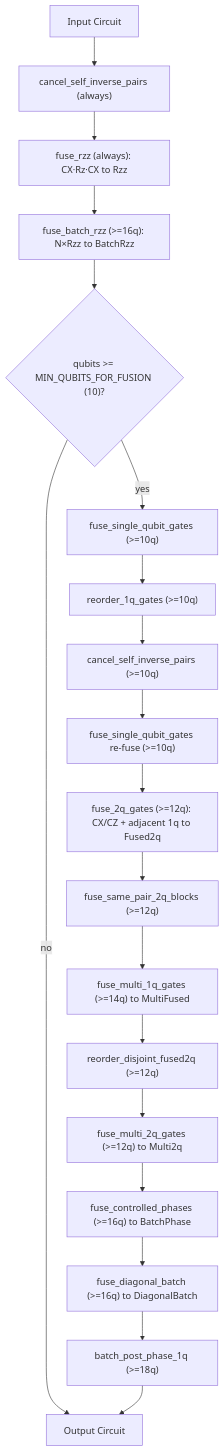
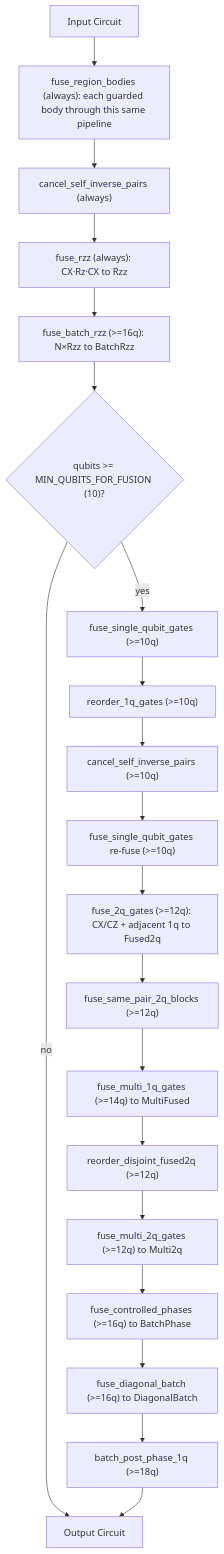
One commit to AbeCoull/prism-q changed the diagram in docs/architecture/fusion.md. Above: the diagram before and after it, drawn with Mermaid. The commit also changed 3 other files, not shown here.

````diff
--- a/docs/architecture/fusion.md
+++ b/docs/architecture/fusion.md
@@ -5,21 +5,22 @@
 ```mermaid
 flowchart TD
-    IN[Input Circuit] --> P0["cancel_self_inverse_pairs (always)"]
+    IN[Input Circuit] --> PR["fuse_region_bodies (always): each guarded body through this same pipeline"]
+    PR --> P0["cancel_self_inverse_pairs (always)"]
     P0 --> P0r["fuse_rzz (always): CX&middot;Rz&middot;CX to Rzz"]
     P0r --> P0b["fuse_batch_rzz (>=16q): N&times;Rzz to BatchRzz"]
     P0b --> G{"qubits >= MIN_QUBITS_FOR_FUSION (10)?"}
     G -- no --> OUT[Output Circuit]
     G -- yes --> P1["fuse_single_qubit_gates (>=10q)"]
     P1 --> P1r["reorder_1q_gates (>=10q)"]
     P1r --> P1c["cancel_self_inverse_pairs (>=10q)"]
     P1c --> P1f["fuse_single_qubit_gates re-fuse (>=10q)"]
     P1f --> P2q["fuse_2q_gates (>=12q): CX/CZ + adjacent 1q to Fused2q"]
     P2q --> P2qb["fuse_same_pair_2q_blocks (>=12q)"]
     P2qb --> P2["fuse_multi_1q_gates (>=14q) to MultiFused"]
     P2 --> P2qr["reorder_disjoint_fused2q (>=12q)"]
     P2qr --> Pm2q["fuse_multi_2q_gates (>=12q) to Multi2q"]
     Pm2q --> Pcp["fuse_controlled_phases (>=16q) to BatchPhase"]
     Pcp --> Pdb["fuse_diagonal_batch (>=16q) to DiagonalBatch"]
     Pdb --> Ppp["batch_post_phase_1q (>=18q)"]
     Ppp --> OUT
 ```
````
